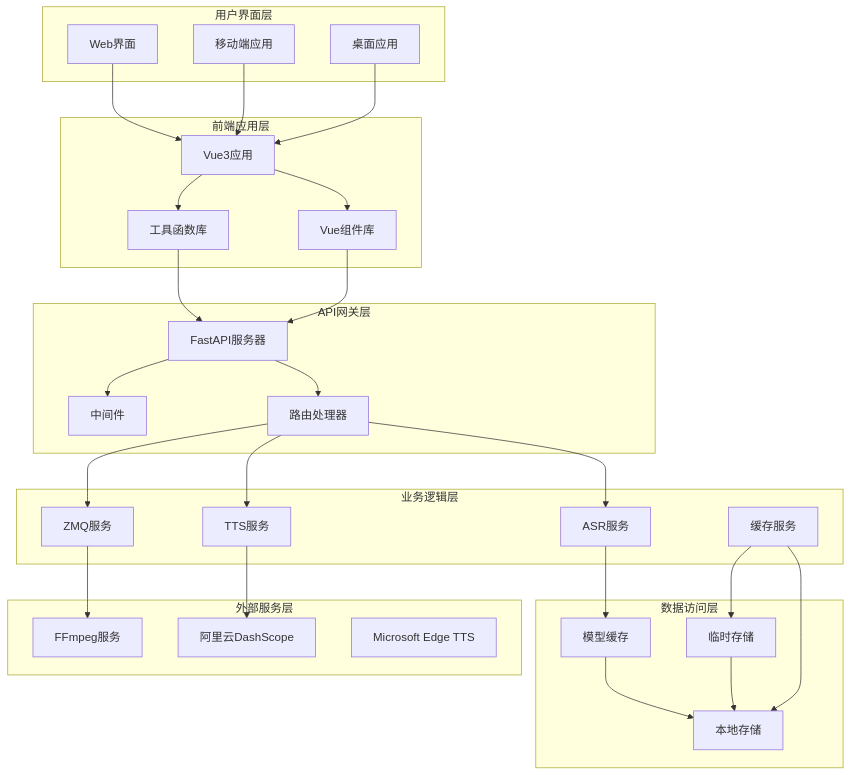
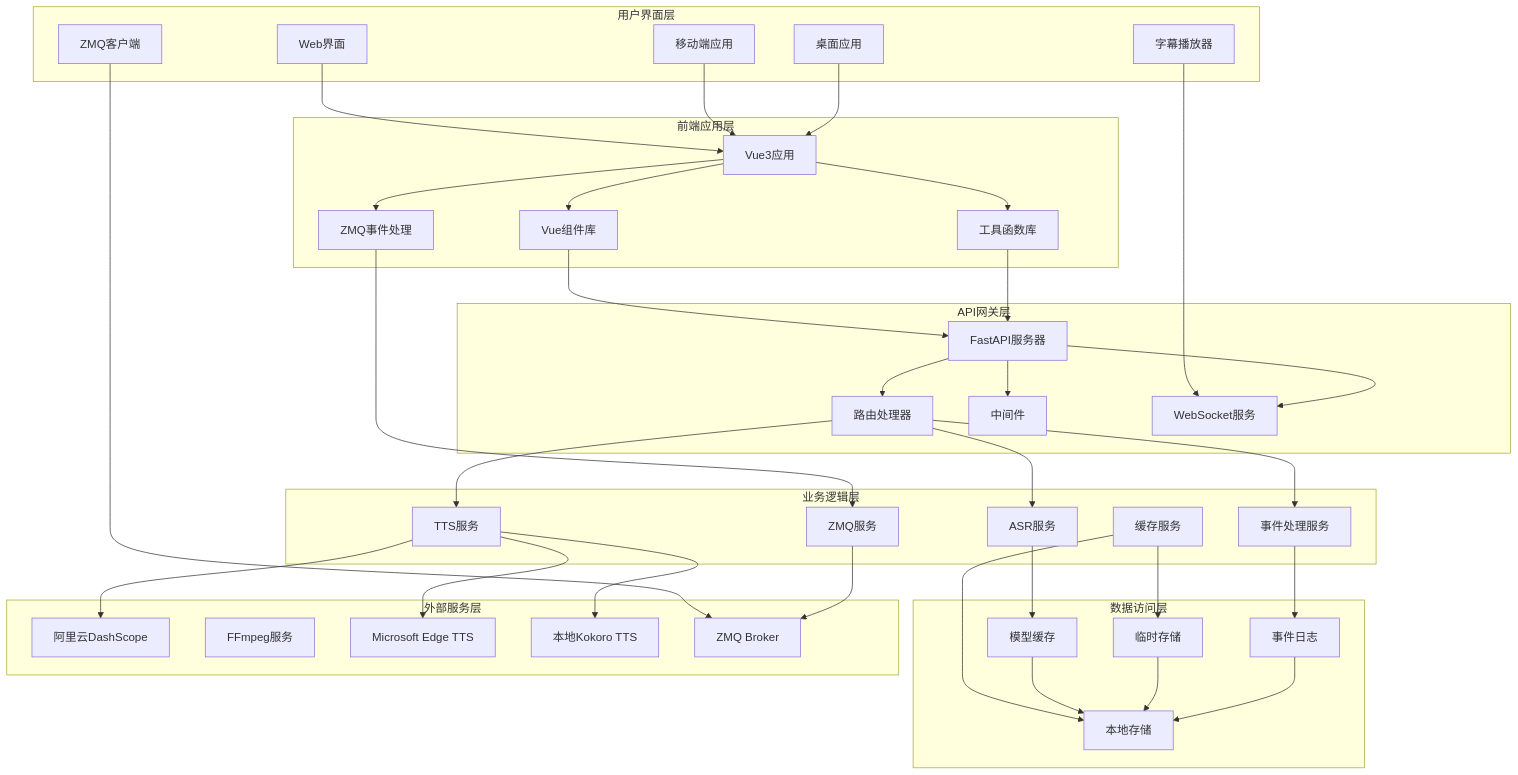
One commit to 1024dashen/Vue3Speech changed the fifth of 8 diagrams in .qoder/repowiki/zh/content/项目概述.md. Above: the diagram before and after it, drawn with Mermaid. The commit also changed other lines of this file and 6 other files, not shown here.

````diff
--- a/.qoder/repowiki/zh/content/项目概述.md
+++ b/.qoder/repowiki/zh/content/项目概述.md
@@ -368,53 +456,70 @@
 ```mermaid
 graph TB
 subgraph "用户界面层"
 UI[Web界面]
 Mobile[移动端应用]
 Desktop[桌面应用]
+SubtitlePlayer[字幕播放器]
+ZMQClient[ZMQ客户端]
 end
 subgraph "前端应用层"
 VueApp[Vue3应用]
 Components[Vue组件库]
 Utils[工具函数库]
+ZMQEvents[ZMQ事件处理]
 end
 subgraph "API网关层"
 FastAPI[FastAPI服务器]
 Router[路由处理器]
 Middleware[中间件]
+WebSocket[WebSocket服务]
 end
 subgraph "业务逻辑层"
 ASRService[ASR服务]
 TTSService[TTS服务]
 ZMQService[ZMQ服务]
 CacheService[缓存服务]
+EventService[事件处理服务]
 end
 subgraph "数据访问层"
 LocalStorage[本地存储]
 ModelCache[模型缓存]
 TempStorage[临时存储]
+EventLog[事件日志]
 end
 subgraph "外部服务层"
 DashScope[阿里云DashScope]
 FFmpeg[FFmpeg服务]
 EdgeTTS[Microsoft Edge TTS]
+KokoroTTS[本地Kokoro TTS]
+ZMQBroker[ZMQ Broker]
 end
 UI --> VueApp
 Mobile --> VueApp
 Desktop --> VueApp
+SubtitlePlayer --> WebSocket
+ZMQClient --> ZMQBroker
 VueApp --> Components
 VueApp --> Utils
+VueApp --> ZMQEvents
 Components --> FastAPI
 Utils --> FastAPI
+ZMQEvents --> ZMQService
 FastAPI --> Router
 FastAPI --> Middleware
+FastAPI --> WebSocket
 Router --> ASRService
 Router --> TTSService
-Router --> ZMQService
+Router --> EventService
 ASRService --> ModelCache
 TTSService --> DashScope
-ZMQService --> FFmpeg
+TTSService --> EdgeTTS
+TTSService --> KokoroTTS
+ZMQService --> ZMQBroker
 CacheService --> LocalStorage
 CacheService --> TempStorage
+EventService --> EventLog
 ModelCache --> LocalStorage
 TempStorage --> LocalStorage
+EventLog --> LocalStorage
 ```
````
